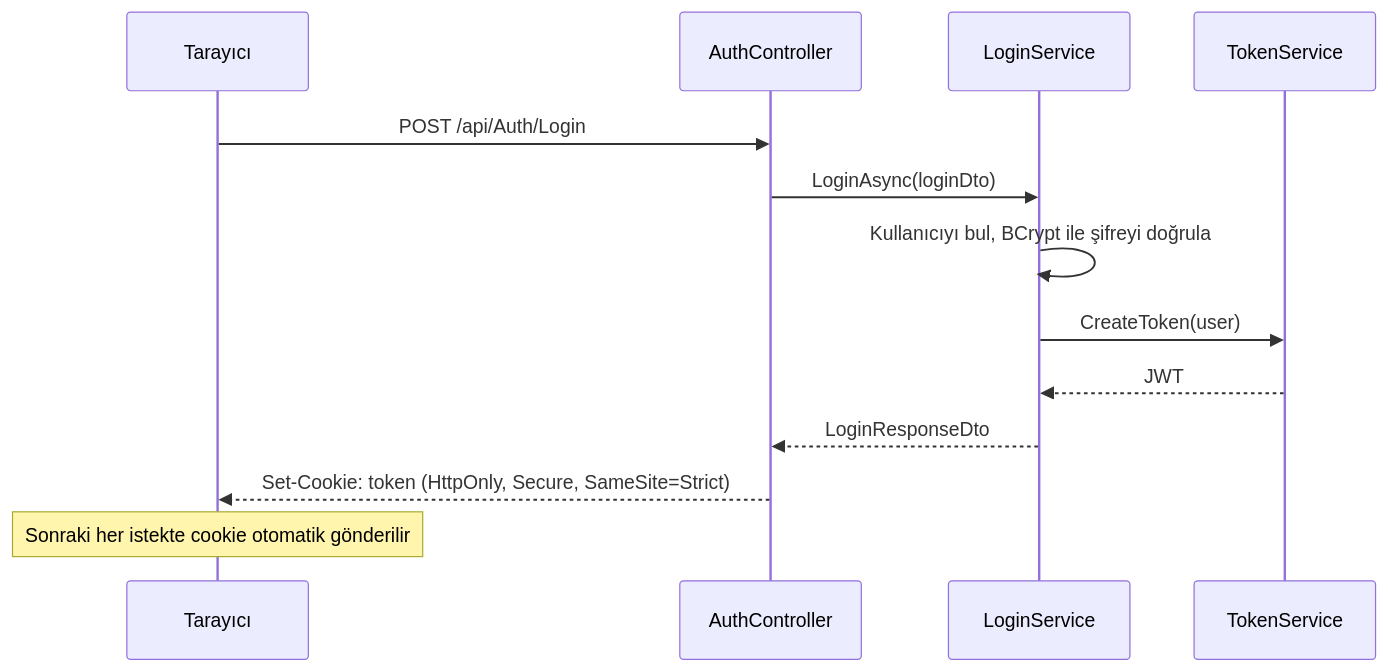
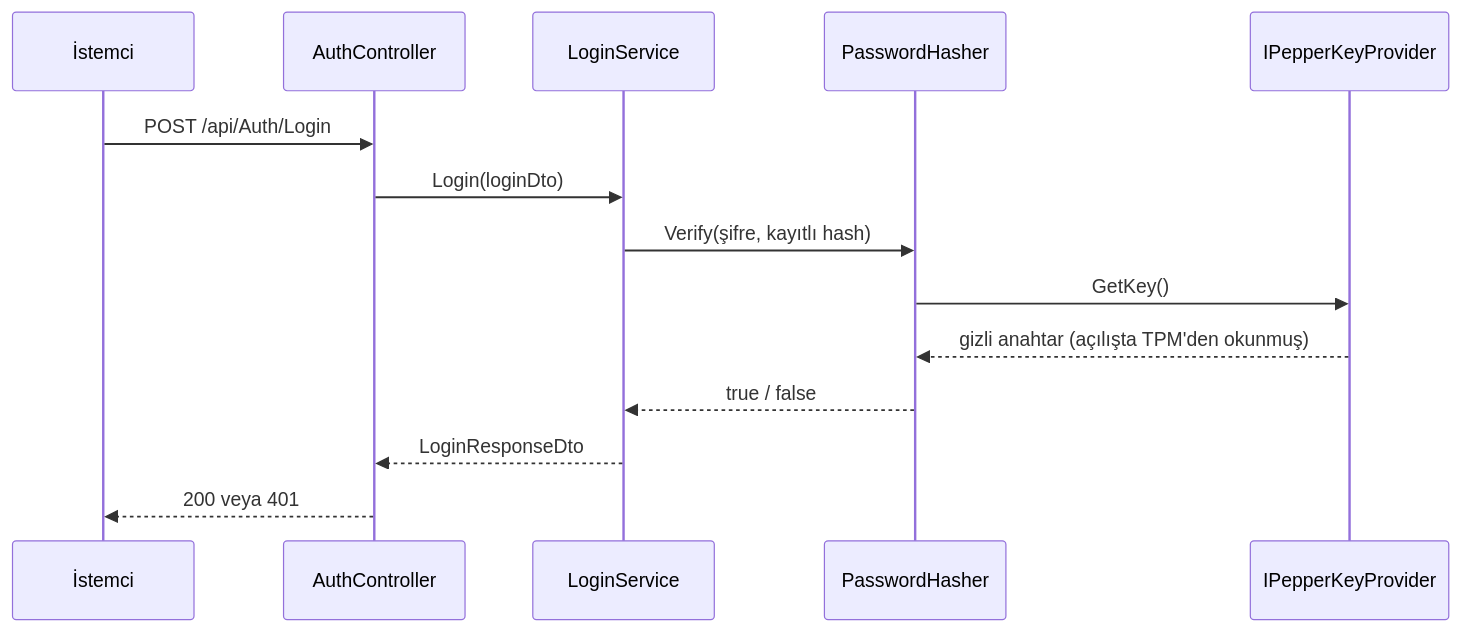
One commit to nihatefebozkan/TaskAPI changed the sixth of 6 diagrams in README.md. Above: the diagram before and after it, drawn with Mermaid. The commit also changed other lines of this file, not shown here.

Commit message:
sifre guvenligi, TPM key yonetimi ve riskler

````diff
--- a/README.md
+++ b/README.md
@@ -161,15 +196,16 @@
 ```mermaid
 sequenceDiagram
-    participant T as Tarayıcı
+    participant T as İstemci
     participant A as AuthController
     participant L as LoginService
-    participant K as TokenService
+    participant H as PasswordHasher
+    participant K as IPepperKeyProvider
     T->>A: POST /api/Auth/Login
-    A->>L: LoginAsync(loginDto)
-    L->>L: Kullanıcıyı bul, BCrypt ile şifreyi doğrula
-    L->>K: CreateToken(user)
-    K-->>L: JWT
+    A->>L: Login(loginDto)
+    L->>H: Verify(şifre, kayıtlı hash)
+    H->>K: GetKey()
+    K-->>H: gizli anahtar (açılışta TPM'den okunmuş)
+    H-->>L: true / false
     L-->>A: LoginResponseDto
-    A-->>T: Set-Cookie: token (HttpOnly, Secure, SameSite=Strict)
-    Note over T: Sonraki her istekte cookie otomatik gönderilir
+    A-->>T: 200 veya 401
 ```
````
